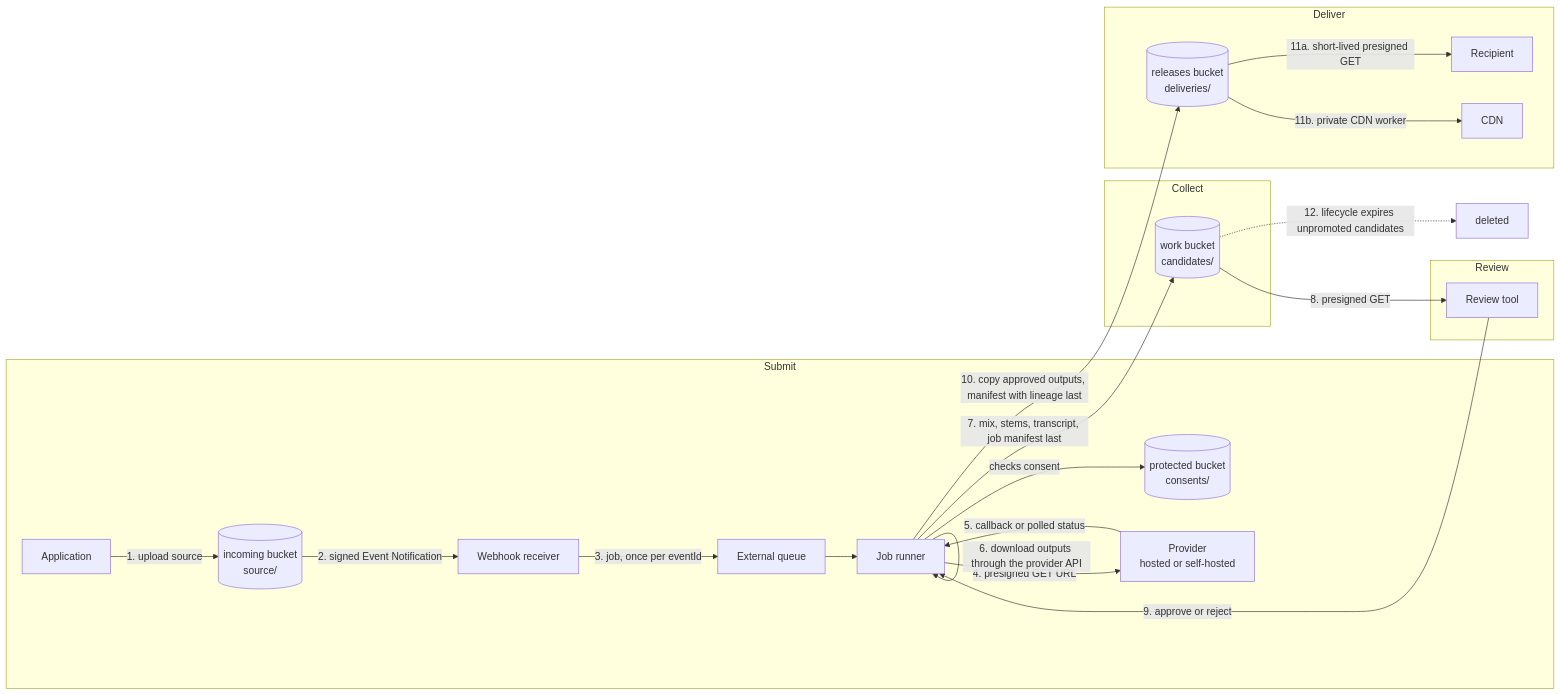
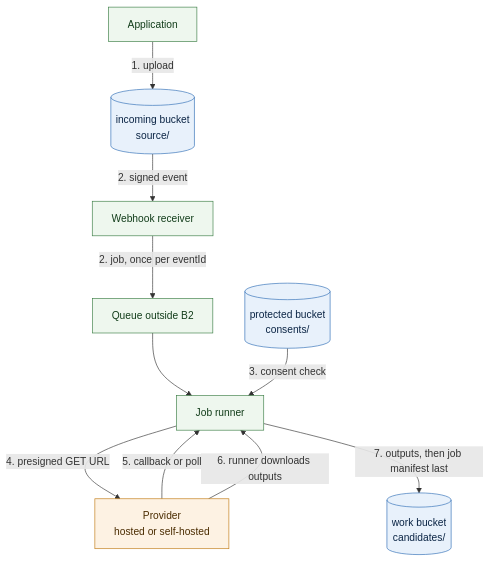
The first of 2 diagrams in architectures/batch-voice-generation-and-dubbing/architecture.md (backblaze-b2-samples/b2-voice-ai-reference-architectures), drawn with Mermaid before and after one commit. The commit also changed other lines of this file and 3 other files, not shown here.

First line of the commit message:
Split and clarify architecture diagrams, fix inaccuracies

````diff
--- a/architectures/batch-voice-generation-and-dubbing/architecture.md
+++ b/architectures/batch-voice-generation-and-dubbing/architecture.md
@@ -17,26 +21,28 @@
 ```mermaid
-flowchart LR
-  subgraph Submit
-    APP[Application] -->|1. upload source| SRC[(incoming bucket<br/>source/)]
-    SRC -->|2. signed Event Notification| HOOK[Webhook receiver]
-    HOOK -->|3. job, once per eventId| Q[External queue]
-    Q --> RUN[Job runner]
-    RUN -->|checks consent| PROT[(protected bucket<br/>consents/)]
-    RUN -->|4. presigned GET URL| PROV[Provider<br/>hosted or self-hosted]
-  end
-  subgraph Collect
-    PROV -->|5. callback or polled status| RUN
-    RUN -->|6. download outputs through the provider API| RUN
-    RUN -->|7. mix, stems, transcript, job manifest last| CAND[(work bucket<br/>candidates/)]
-  end
-  subgraph Review
-    CAND -->|8. presigned GET| REV[Review tool]
-    REV -->|9. approve or reject| RUN
-  end
-  subgraph Deliver
-    RUN -->|10. copy approved outputs, manifest with lineage last| DEL[(releases bucket<br/>deliveries/)]
-    DEL -->|11a. short-lived presigned GET| RCPT[Recipient]
-    DEL -->|11b. private CDN worker| CDN[CDN]
-  end
-  CAND -.->|12. lifecycle expires unpromoted candidates| X[deleted]
+flowchart TB
+  APP["Application"]
+  SRC[("incoming bucket<br/>source/")]
+  HOOK["Webhook receiver"]
+  Q["Queue outside B2"]
+  RUN["Job runner"]
+  PROT[("protected bucket<br/>consents/")]
+  PROV["Provider<br/>hosted or self-hosted"]
+  CAND[("work bucket<br/>candidates/")]
+
+  APP -->|"1. upload"| SRC
+  SRC -->|"2. signed event"| HOOK
+  HOOK -->|"2. job, once per eventId"| Q
+  Q --> RUN
+  PROT -->|"3. consent check"| RUN
+  RUN -->|"4. presigned GET URL"| PROV
+  PROV -->|"5. callback or poll"| RUN
+  PROV -->|"6. runner downloads outputs"| RUN
+  RUN -->|"7. outputs, then job manifest last"| CAND
+
+  classDef storage fill:#e8f1fb,stroke:#2f6db5,color:#0b2545
+  classDef compute fill:#eef7ee,stroke:#3a7d44,color:#123d1a
+  classDef external fill:#fdf2e3,stroke:#c07a12,color:#4a2c00
+  class SRC,PROT,CAND storage
+  class APP,HOOK,Q,RUN compute
+  class PROV external
 ```
````
